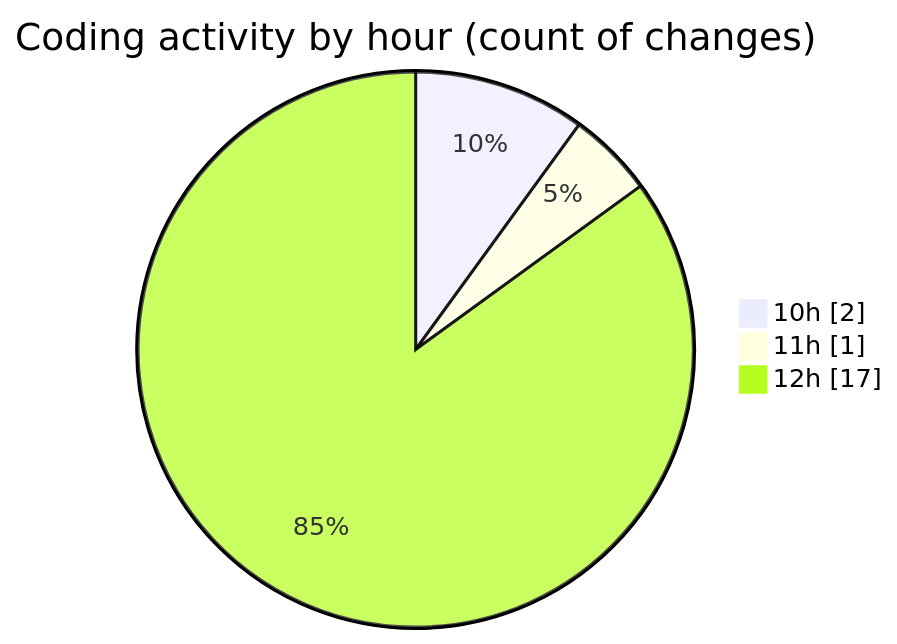
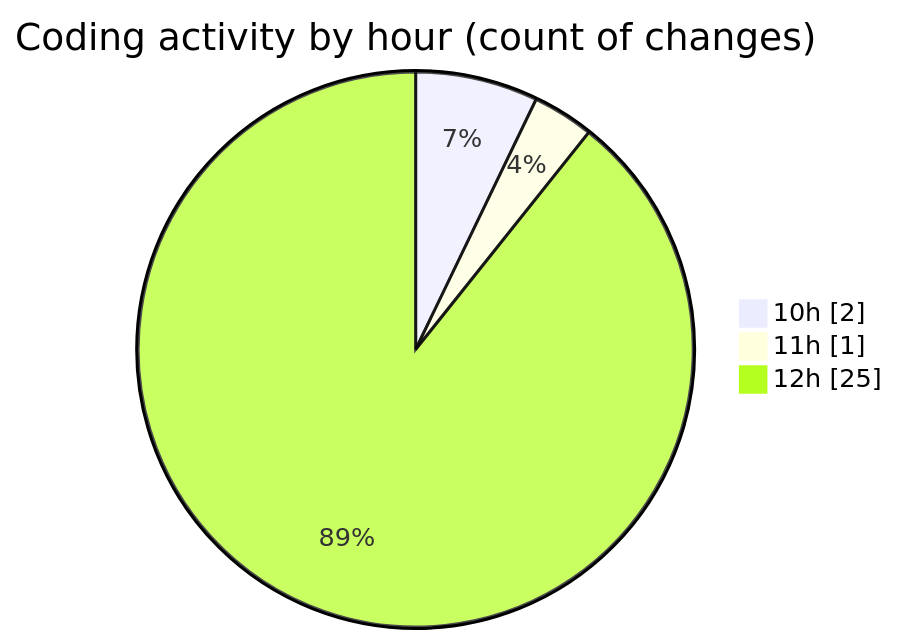
The second of 2 diagrams in 2025-08-18/nxtqube_webapp/README.md (nxtqubesakshisongat/code-tracking), drawn with Mermaid before and after one commit. The commit also changed other lines of this file and 1 other file, not shown here.

````diff
--- a/2025-08-18/nxtqube_webapp/README.md
+++ b/2025-08-18/nxtqube_webapp/README.md
@@ -33,7 +33,7 @@
 ```mermaid
 pie showData
 title Coding activity by hour (count of changes)
 "10h" : 2
 "11h" : 1
-"12h" : 17
+"12h" : 25
 ```
````
